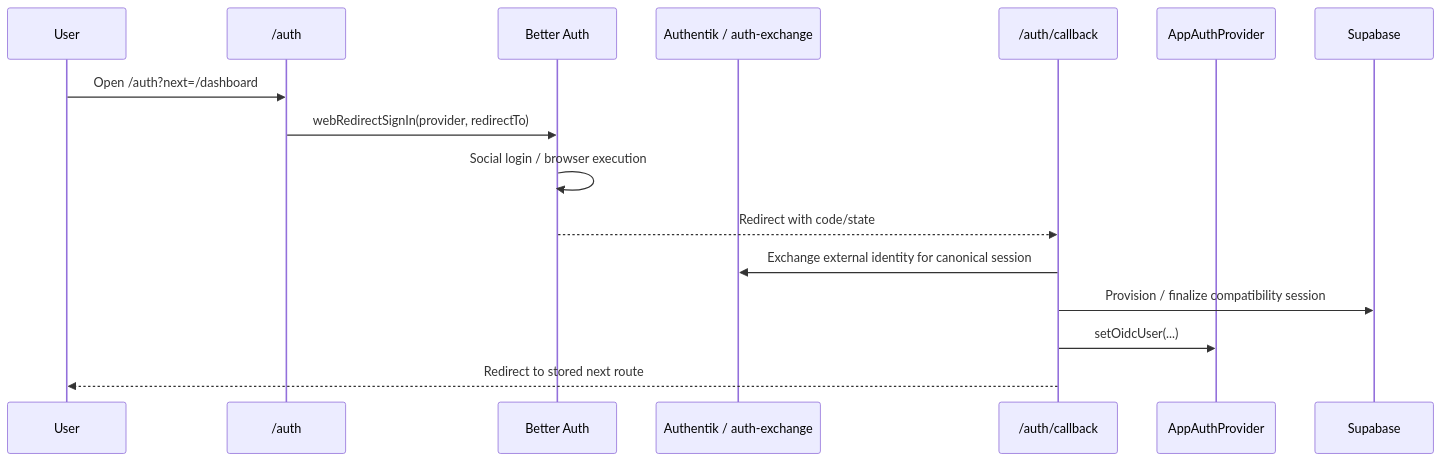
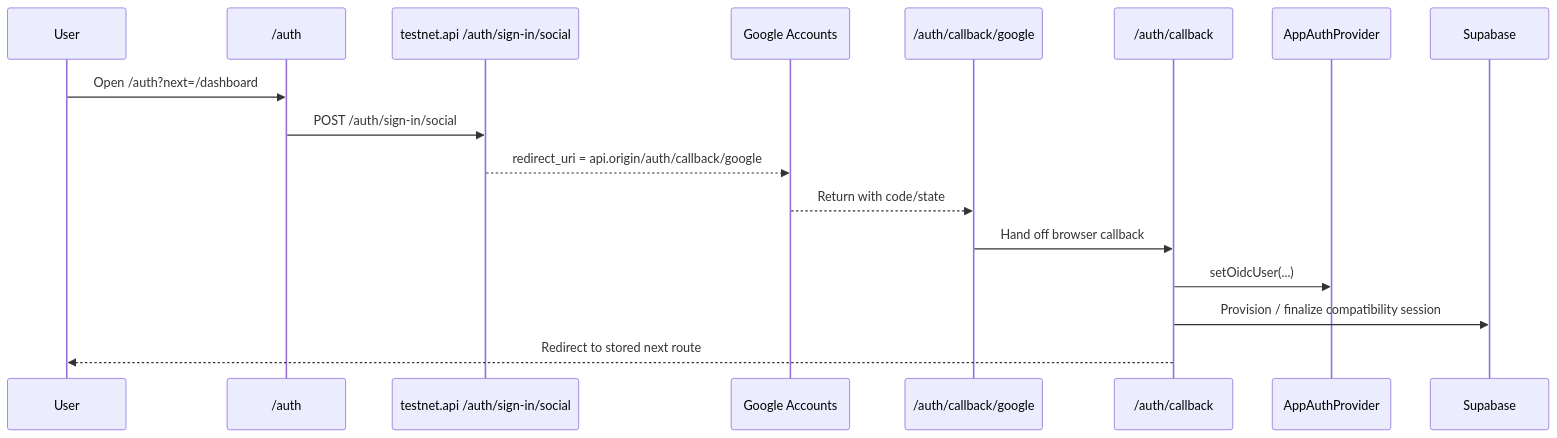
Before and after one commit to alternun-development/alternun: the first of 2 diagrams in apps/docs/docs/Architecture/authentication-and-session-flow.md, drawn with Mermaid. The commit also changed other lines of this file and 25 other files, not shown here.

````diff
--- a/apps/docs/docs/Architecture/authentication-and-session-flow.md
+++ b/apps/docs/docs/Architecture/authentication-and-session-flow.md
@@ -123,19 +124,20 @@
 ```mermaid
 sequenceDiagram
   participant User
   participant App as /auth
-  participant Exec as Better Auth
-  participant Issuer as Authentik / auth-exchange
+  participant Api as testnet.api /auth/sign-in/social
+  participant Google as Google Accounts
+  participant ApiCb as /auth/callback/google
   participant Callback as /auth/callback
   participant Provider as AppAuthProvider
   participant Supabase as Supabase
 
   User->>App: Open /auth?next=/dashboard
-  App->>Exec: webRedirectSignIn(provider, redirectTo)
-  Exec->>Exec: Social login / browser execution
-  Exec-->>Callback: Redirect with code/state
-  Callback->>Issuer: Exchange external identity for canonical session
+  App->>Api: POST /auth/sign-in/social
+  Api-->>Google: redirect_uri = api.origin/auth/callback/google
+  Google-->>ApiCb: Return with code/state
+  ApiCb->>Callback: Hand off browser callback
+  Callback->>Provider: setOidcUser(...)
   Callback->>Supabase: Provision / finalize compatibility session
-  Callback->>Provider: setOidcUser(...)
   Callback-->>User: Redirect to stored next route
 ```
````
